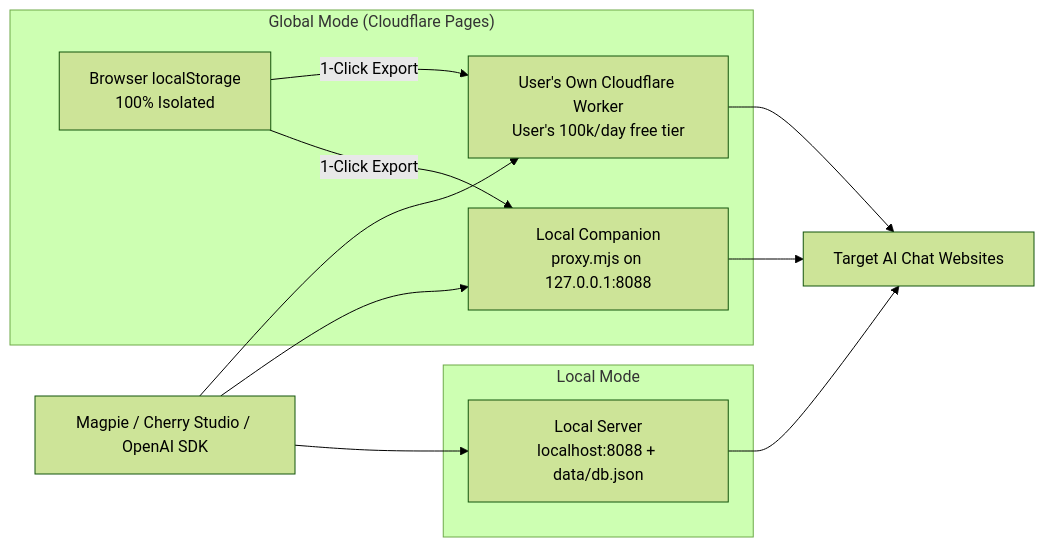
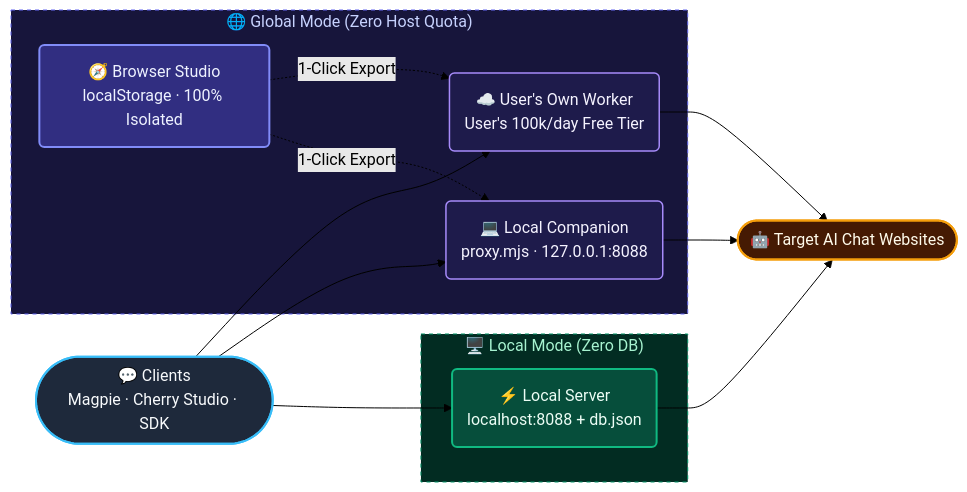
The diagram in README.md (oVu-Lab/proxy-studio), drawn with Mermaid (forest theme) before and after one commit.

Commit message:
Update architecture diagram in README.md

````diff
--- a/README.md
+++ b/README.md
@@ -32,25 +32,40 @@
 ```mermaid
 flowchart LR
-    C1["Magpie / Cherry Studio / OpenAI SDK"]
+    C(["💬 Clients<br/>Magpie · Cherry Studio · SDK"])
 
-    subgraph Local["Local Mode"]
-        L["Local Server<br/>localhost:8088 + data/db.json"]
+    subgraph Local["🖥️ Local Mode (Zero DB)"]
+        L("⚡ Local Server<br/>localhost:8088 + db.json")
     end
 
-    subgraph Global["Global Mode (Cloudflare Pages)"]
-        G["Browser localStorage<br/>100% Isolated"]
-        E1["User's Own Cloudflare Worker<br/>User's 100k/day free tier"]
-        E2["Local Companion<br/>proxy.mjs on 127.0.0.1:8088"]
+    subgraph Global["🌐 Global Mode (Zero Host Quota)"]
+        G("🧭 Browser Studio<br/>localStorage · 100% Isolated")
+        E1("☁️ User's Own Worker<br/>User's 100k/day Free Tier")
+        E2("💻 Local Companion<br/>proxy.mjs · 127.0.0.1:8088")
+        G -. "1-Click Export" .-> E1
+        G -. "1-Click Export" .-> E2
     end
 
-    U["Target AI Chat Websites"]
+    U(["🤖 Target AI Chat Websites"])
 
-    C1 --> L
-    G -->|1-Click Export| E1
-    G -->|1-Click Export| E2
-    C1 --> E1
-    C1 --> E2
+    C --> L
+    C --> E1
+    C --> E2
     L --> U
     E1 --> U
     E2 --> U
+
+    classDef client fill:#1e293b,stroke:#38bdf8,stroke-width:2px,color:#f8fafc
+    classDef local fill:#064e3b,stroke:#10b981,stroke-width:2px,color:#ecfdf5
+    classDef studio fill:#312e81,stroke:#818cf8,stroke-width:2px,color:#eef2ff
+    classDef export fill:#1e1b4b,stroke:#a78bfa,stroke-width:1.5px,color:#f5f3ff
+    classDef target fill:#451a03,stroke:#f59e0b,stroke-width:2px,color:#fffbeb
+
+    class C client
+    class L local
+    class G studio
+    class E1,E2 export
+    class U target
+
+    style Local fill:#022c22,stroke:#059669,stroke-dasharray:4 4,color:#a7f3d0
+    style Global fill:#17153b,stroke:#6366f1,stroke-dasharray:4 4,color:#c7d2fe
 ```
````
